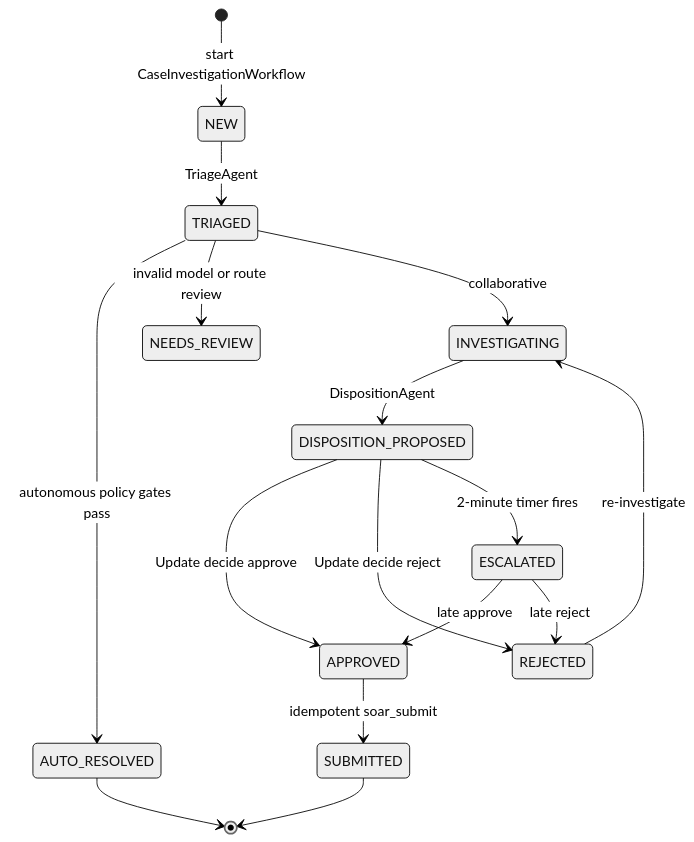
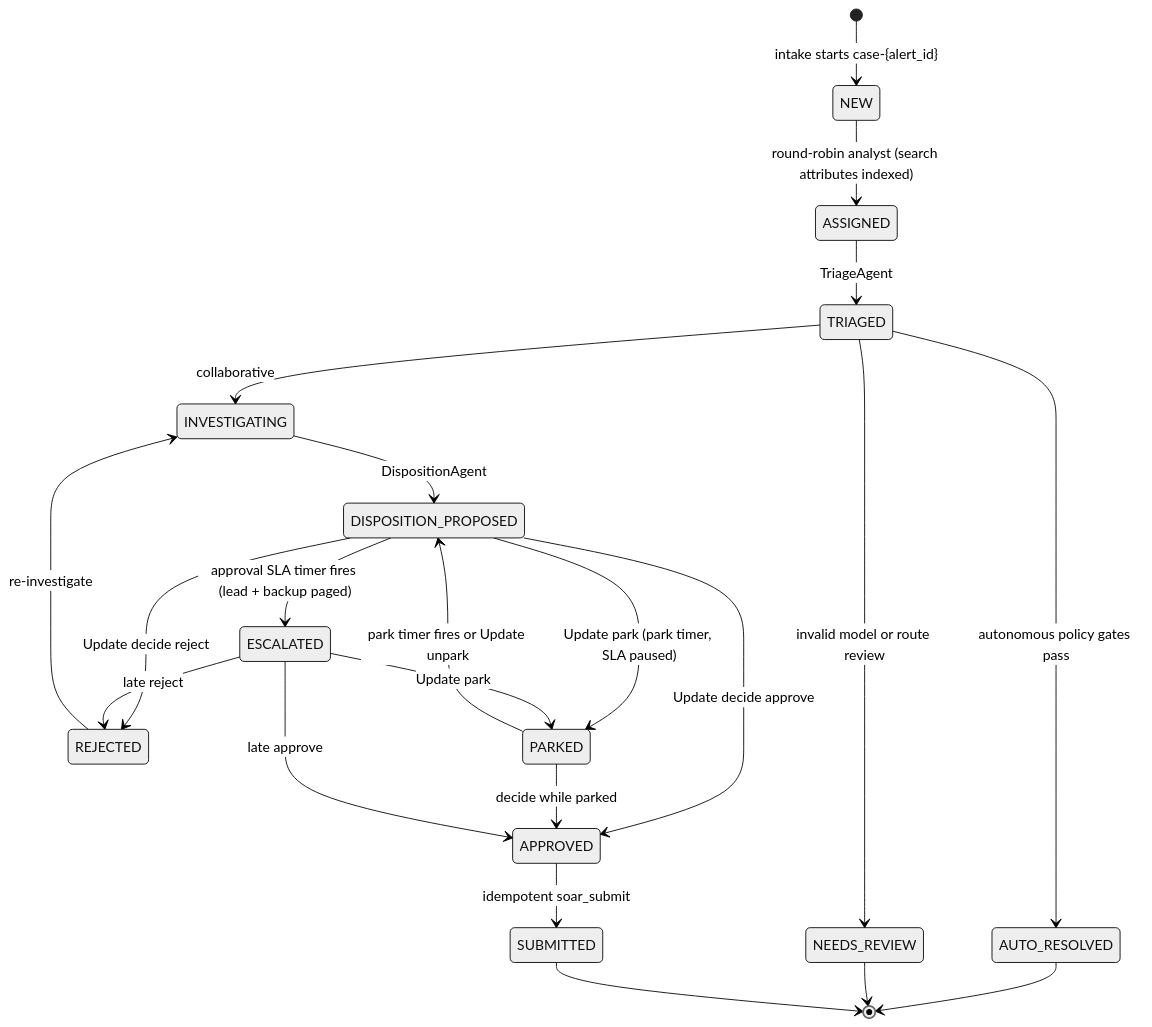
Before and after one commit to vihag/temporal-soc-agents: the diagram in diagrams/case-states.mmd, drawn with Mermaid (neutral theme). The commit also changed 13 other files, not shown here.

Commit message:
docs: CODE_TOUR as a 10-lesson Temporal learning path (+ guarantees table, build script, drift test); README/DEMO/CHECKLIST/DESIGN-v2 for v3; diagrams with ASSIGNED/PARKED and the v3 architecture; screenshots (#10)

```diff
--- a/diagrams/case-states.mmd
+++ b/diagrams/case-states.mmd
@@ -1,16 +1,22 @@
 stateDiagram-v2
-  [*] --> NEW: start CaseInvestigationWorkflow
-  NEW --> TRIAGED: TriageAgent
+  [*] --> NEW: intake starts case-{alert_id}
+  NEW --> ASSIGNED: round-robin analyst (search attributes indexed)
+  ASSIGNED --> TRIAGED: TriageAgent
   TRIAGED --> AUTO_RESOLVED: autonomous policy gates pass
   TRIAGED --> NEEDS_REVIEW: invalid model or route review
   TRIAGED --> INVESTIGATING: collaborative
   INVESTIGATING --> DISPOSITION_PROPOSED: DispositionAgent
   DISPOSITION_PROPOSED --> APPROVED: Update decide approve
   DISPOSITION_PROPOSED --> REJECTED: Update decide reject
-  DISPOSITION_PROPOSED --> ESCALATED: 2-minute timer fires
+  DISPOSITION_PROPOSED --> ESCALATED: approval SLA timer fires (lead + backup paged)
+  DISPOSITION_PROPOSED --> PARKED: Update park (park timer, SLA paused)
+  ESCALATED --> PARKED: Update park
+  PARKED --> DISPOSITION_PROPOSED: park timer fires or Update unpark
+  PARKED --> APPROVED: decide while parked
   REJECTED --> INVESTIGATING: re-investigate
   ESCALATED --> APPROVED: late approve
   ESCALATED --> REJECTED: late reject
   APPROVED --> SUBMITTED: idempotent soar_submit
   AUTO_RESOLVED --> [*]
+  NEEDS_REVIEW --> [*]
   SUBMITTED --> [*]
```
